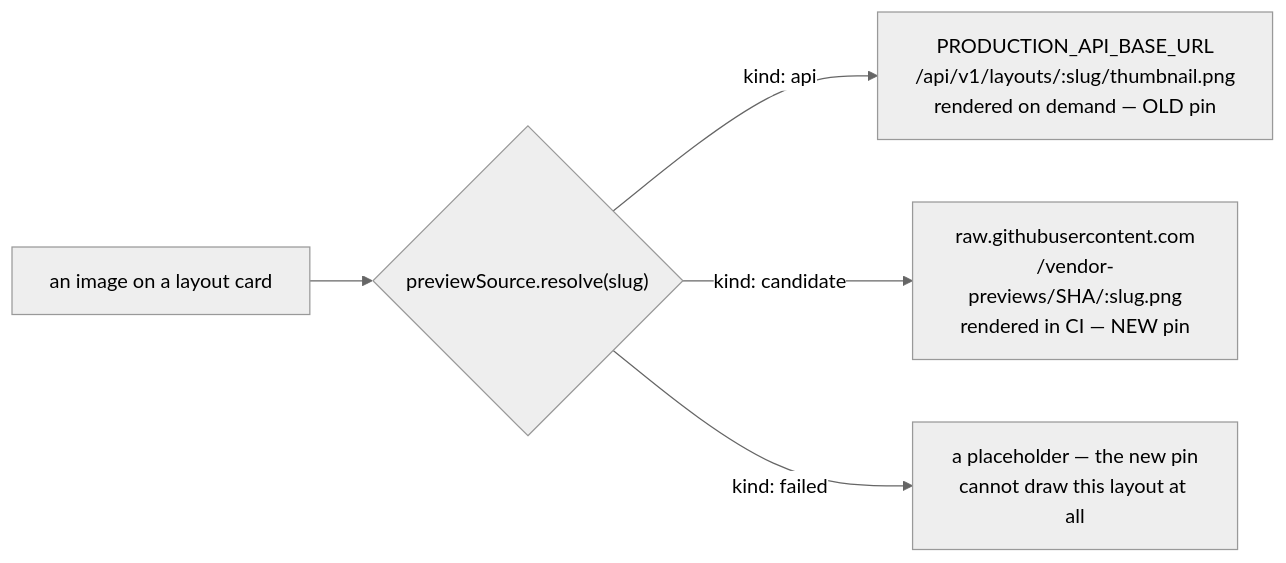
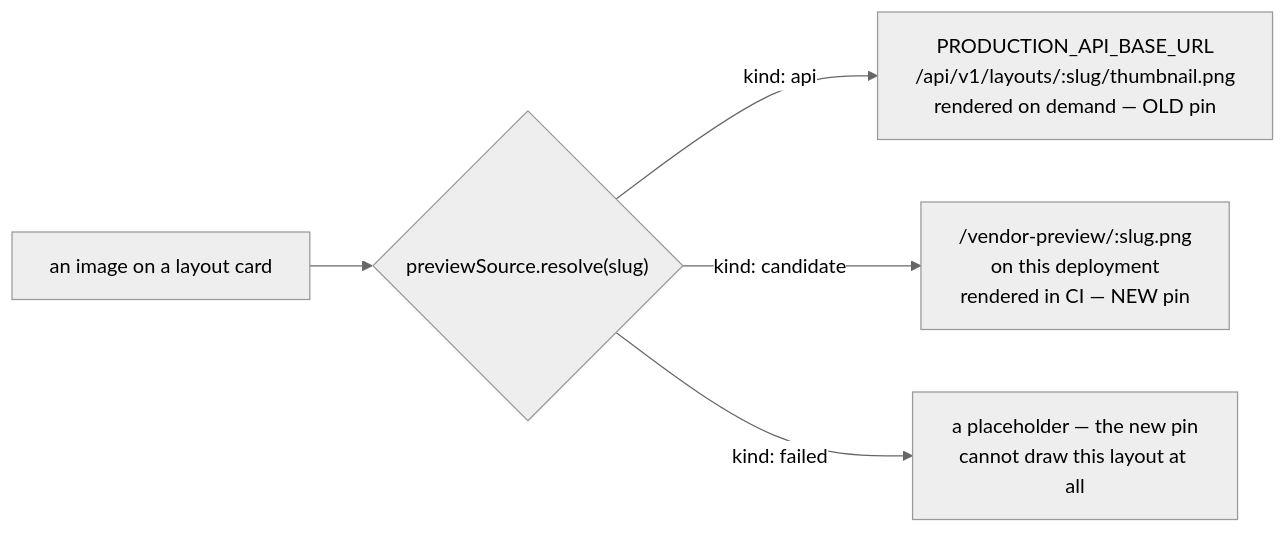
One commit to NNTin/pixel-index changed the fourth of 6 diagrams in docs/preview-deployments.md. Above: the diagram before and after it, drawn with Mermaid (neutral theme). The commit also changed other lines of this file and 12 other files, not shown here.

````diff
--- a/docs/preview-deployments.md
+++ b/docs/preview-deployments.md
@@ -138,7 +138,7 @@
 ```mermaid
 flowchart LR
     IMG["an image on a layout card"] --> R{"previewSource.resolve(slug)"}
     R -->|"kind: api"| A["PRODUCTION_API_BASE_URL<br/>/api/v1/layouts/:slug/thumbnail.png<br/>rendered on demand — OLD pin"]
-    R -->|"kind: candidate"| C["raw.githubusercontent.com<br/>/vendor-previews/SHA/:slug.png<br/>rendered in CI — NEW pin"]
+    R -->|"kind: candidate"| C["/vendor-preview/:slug.png<br/>on this deployment<br/>rendered in CI — NEW pin"]
     R -->|"kind: failed"| F["a placeholder — the new pin<br/>cannot draw this layout at all"]
 ```
````
